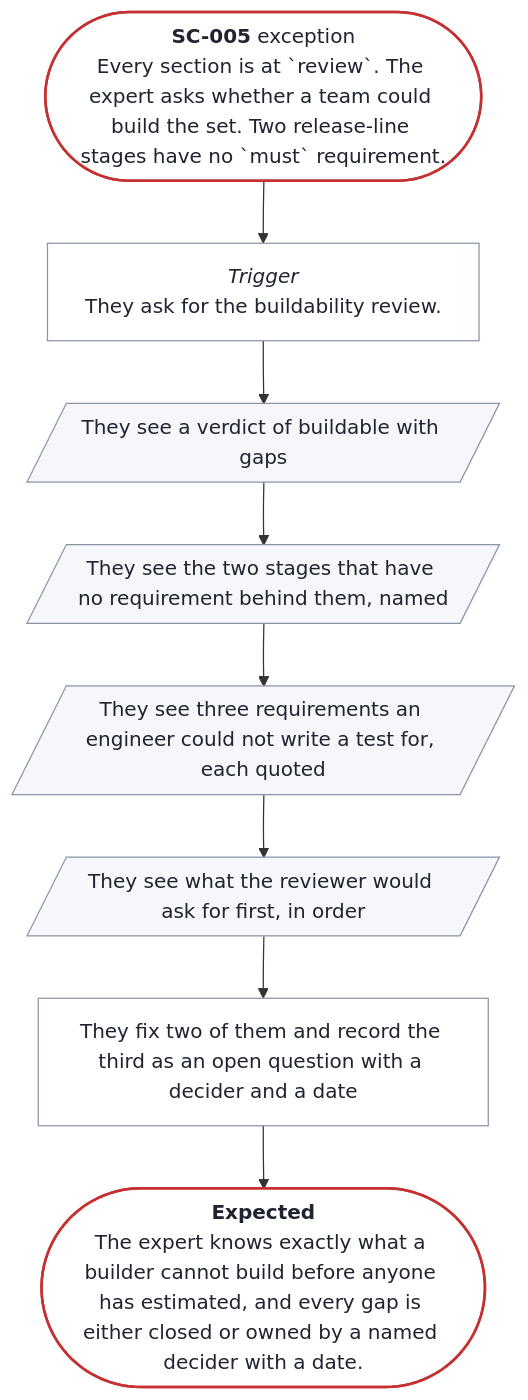
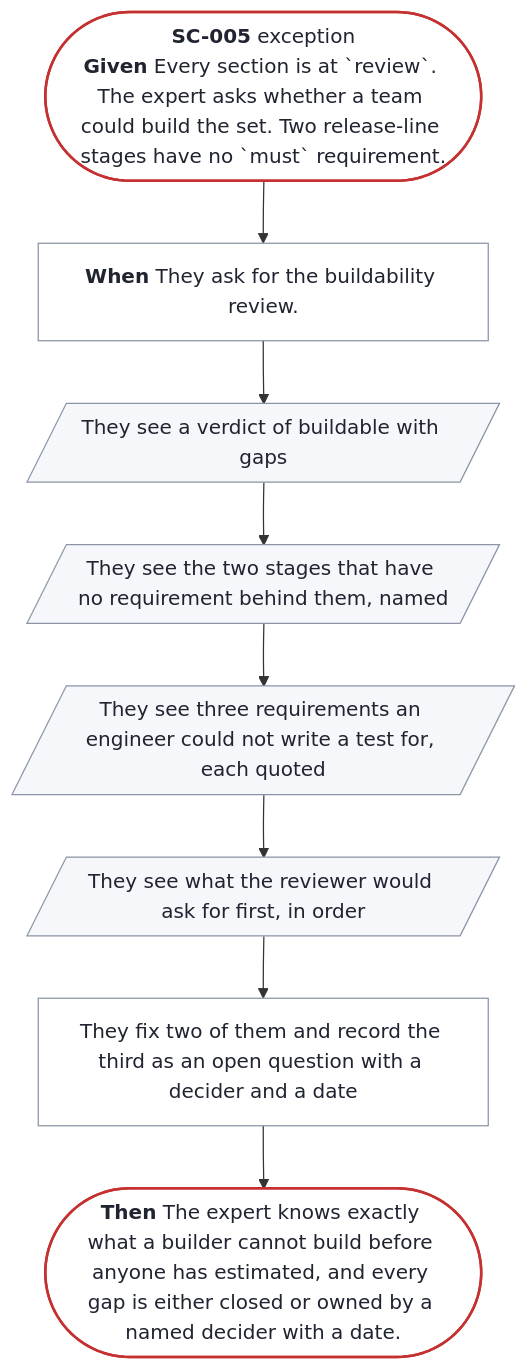
One commit to SpillwaveSolutions/prd-forge changed the diagram in docs/prd/prd-forge/diagrams/SC-005.mmd. Above: the diagram before and after it, drawn with Mermaid. The commit also changed 40 other files, not shown here.

```diff
--- a/docs/prd/prd-forge/diagrams/SC-005.mmd
+++ b/docs/prd/prd-forge/diagrams/SC-005.mmd
@@ -1,22 +1,22 @@
 %% Generated by prd-diagrams.mjs from the scenario front matter. Do not edit.
 %%{init: {"flowchart": {"wrappingWidth": 300}}}%%
 flowchart TB
-  start(["<b>SC-005</b> exception<br/>Every section is at `review`. The expert asks whether a team could build the set. Two release-line stages have no `must` requirement."])
-  trigger["<i>Trigger</i><br/>They ask for the buildability review."]
+  start(["<b>SC-005</b> exception<br/><b>Given</b> Every section is at `review`. The expert asks whether a team could build the set. Two release-line stages have no `must` requirement."])
+  trigger["<b>When</b> They ask for the buildability review."]
   s0[/"They see a verdict of buildable with gaps"/]
   s1[/"They see the two stages that have no requirement behind them, named"/]
   s2[/"They see three requirements an engineer could not write a test for, each quoted"/]
   s3[/"They see what the reviewer would ask for first, in order"/]
   s4["They fix two of them and record the third as an open question with a decider and a date"]
-  done(["<b>Expected</b><br/>The expert knows exactly what a builder cannot build before anyone has estimated, and every gap is either closed or owned by a named decider with a date."])
+  done(["<b>Then</b> The expert knows exactly what a builder cannot build before anyone has estimated, and every gap is either closed or owned by a named decider with a date."])
   start --> trigger --> s0 --> s1 --> s2 --> s3 --> s4 --> done
   classDef ends fill:#FFFFFF,stroke:#C53030,stroke-width:2px,color:#1F2430
   classDef sees fill:#F5F7FA,stroke:#8A94A6,color:#1F2430
   classDef does fill:#FFFFFF,stroke:#8A94A6,color:#1F2430
   class start,done ends
   class s0 sees
   class s1 sees
   class s2 sees
   class s3 sees
   class s4 does
   class trigger does
```
